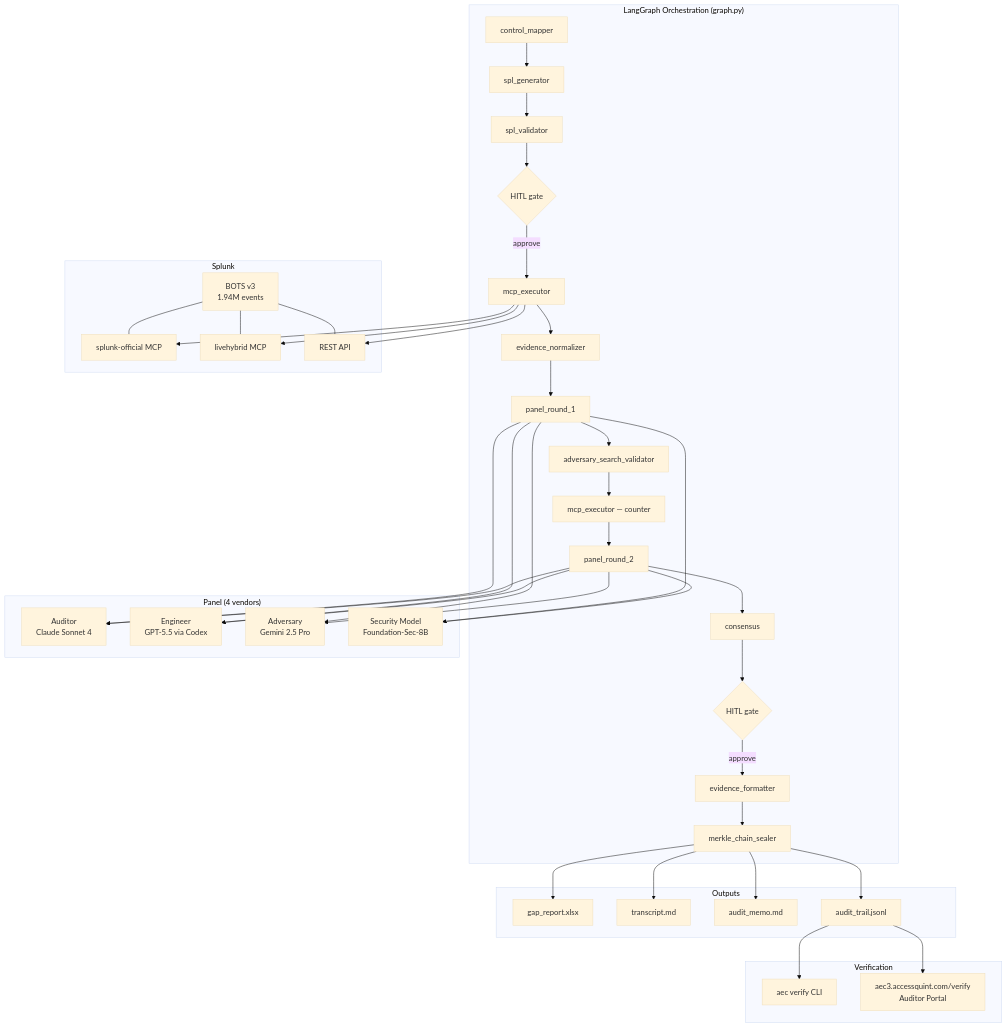
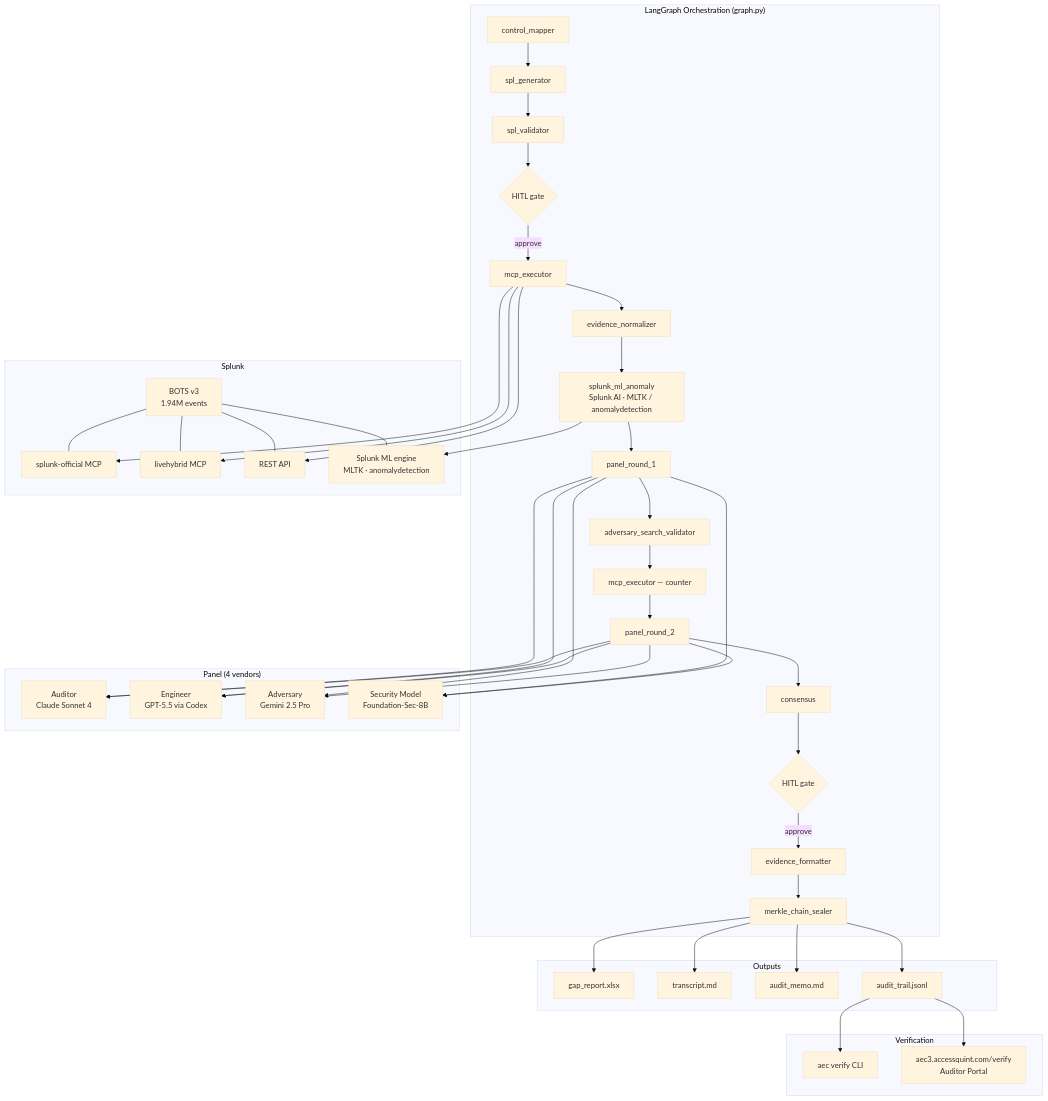
One commit to sandhipveera/audit-evidence-compiler changed the diagram in README.md. Above: the diagram before and after it, drawn with Mermaid (base theme). The commit also changed other lines of this file and 18 other files, not shown here.

````diff
--- a/README.md
+++ b/README.md
@@ -165,50 +169,53 @@
 ```mermaid
 graph TD
     subgraph "LangGraph Orchestration (graph.py)"
       N1[control_mapper] --> N2[spl_generator]
       N2 --> N3[spl_validator]
       N3 --> N4{HITL gate}
       N4 -->|approve| N5[mcp_executor]
       N5 --> N6[evidence_normalizer]
-      N6 --> N7[panel_round_1]
+      N6 --> N6b["splunk_ml_anomaly<br/>Splunk AI · MLTK / anomalydetection"]
+      N6b --> N7[panel_round_1]
       N7 --> N8[adversary_search_validator]
       N8 --> N9[mcp_executor — counter]
       N9 --> N10[panel_round_2]
       N10 --> N11[consensus]
       N11 --> N12{HITL gate}
       N12 -->|approve| N13[evidence_formatter]
       N13 --> N14[merkle_chain_sealer]
     end
 
     subgraph "Splunk"
       S1[BOTS v3<br/>1.94M events]
       S2[splunk-official MCP]
       S3[livehybrid MCP]
       S4[REST API]
+      S6["Splunk ML engine<br/>MLTK · anomalydetection"]
     end
 
     subgraph "Panel (4 vendors)"
       P1[Auditor<br/>Claude Sonnet 4]
       P2[Engineer<br/>GPT-5.5 via Codex]
       P3[Adversary<br/>Gemini 2.5 Pro]
       P4[Security Model<br/>Foundation-Sec-8B]
     end
 
     subgraph "Outputs"
       O1[gap_report.xlsx]
       O2[transcript.md]
       O3[audit_memo.md]
       O4[audit_trail.jsonl]
     end
 
     subgraph "Verification"
       V1[aec verify CLI]
       V2[aec3.accessquint.com/verify<br/>Auditor Portal]
     end
 
     N5 --> S2 & S3 & S4
-    S1 --- S2 & S3 & S4
+    N6b --> S6
+    S1 --- S2 & S3 & S4 & S6
     N7 & N10 --> P1 & P2 & P3 & P4
     N14 --> O1 & O2 & O3 & O4
     O4 --> V1 & V2
 ```
````
